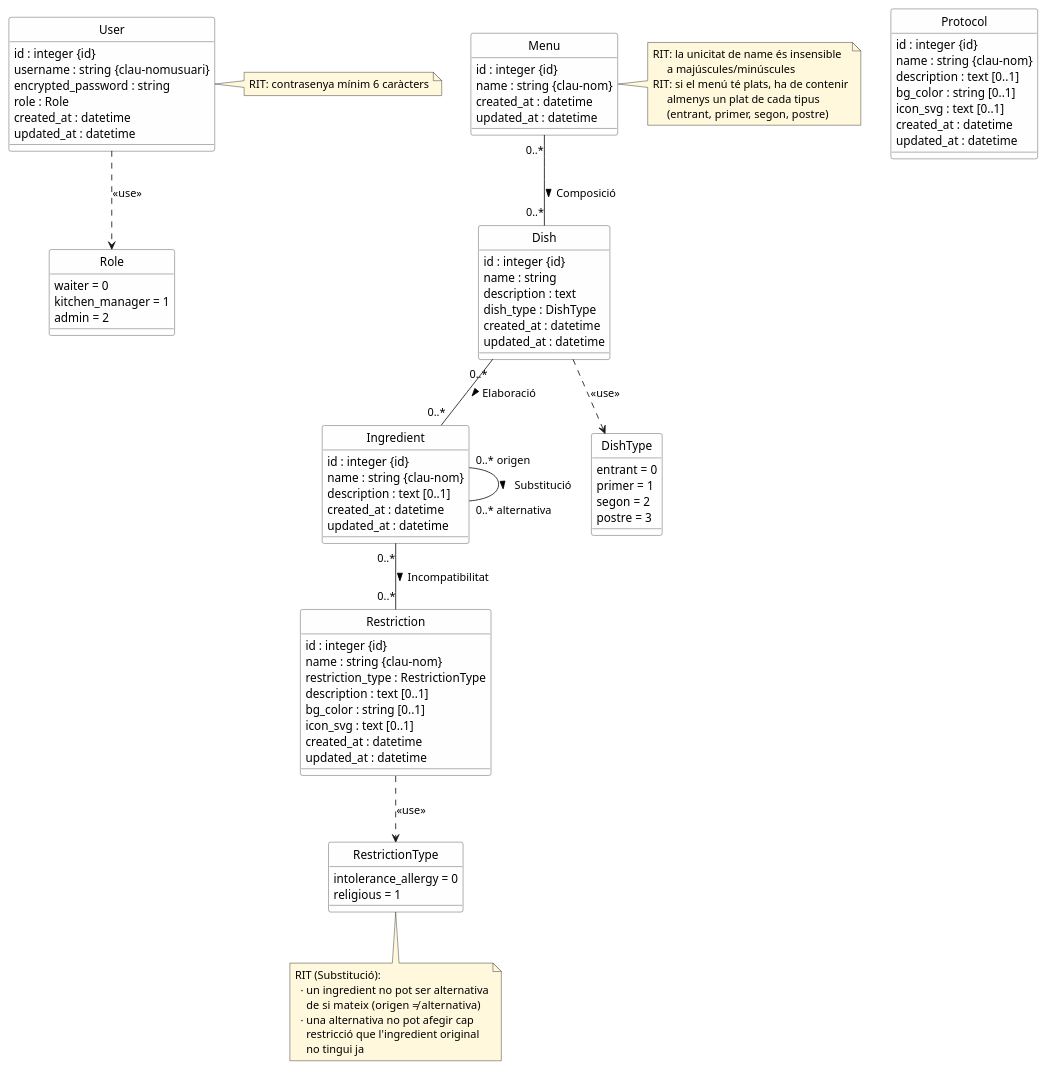
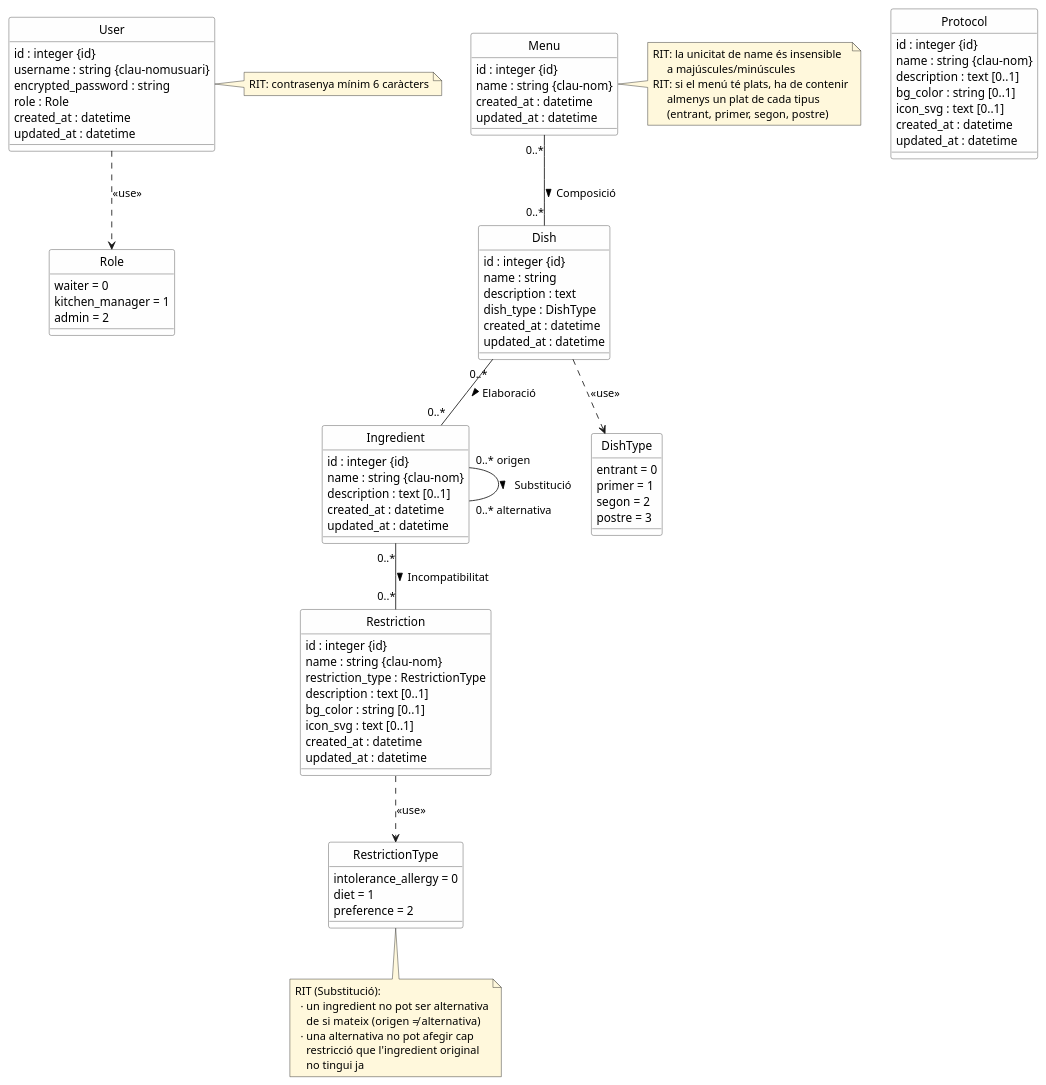
The diagram in doc/uml-class-diagram.puml (Magi-gb/Serf-APP), drawn with PlantUML before and after one commit. The commit also changed 13 other files, not shown here.

```diff
--- a/doc/uml-class-diagram.puml
+++ b/doc/uml-class-diagram.puml
@@ -1,137 +1,138 @@
 @startuml Serf - Diagrama de classes
 
 ' Generat a partir de db/schema.rb (versió 2026_05_11_140000)
 ' Convencions:
 '   {id}         -> clau primària (a la dreta del tipus)
 '   {clau-xxx}   -> restricció UNIQUE (a la dreta del tipus)
 '   [0..1]       -> atribut opcional (a la dreta del tipus).
 '                   Tot atribut sense aquesta marca s'assumeix obligatori.
 '   RIT          -> Restricció d'Integritat Textual
 
 skinparam classAttributeIconSize 0
 skinparam classBackgroundColor #FEFEFE
 skinparam classBorderColor #444444
 skinparam noteBackgroundColor #FFF8DC
 hide circle
 
 ' ===========================================================================
 ' ENTITATS
 ' ===========================================================================
 
 class User {
   id : integer {id}
   username : string {clau-nomusuari}
   encrypted_password : string
   role : Role
   created_at : datetime
   updated_at : datetime
 }
 note right of User
   RIT: contrasenya mínim 6 caràcters
 end note
 
 class Menu {
   id : integer {id}
   name : string {clau-nom}
   created_at : datetime
   updated_at : datetime
 }
 note right of Menu
   RIT: la unicitat de name és insensible
        a majúscules/minúscules
   RIT: si el menú té plats, ha de contenir
        almenys un plat de cada tipus
        (entrant, primer, segon, postre)
 end note
 
 class Dish {
   id : integer {id}
   name : string
   description : text
   dish_type : DishType
   created_at : datetime
   updated_at : datetime
 }
 
 class Ingredient {
   id : integer {id}
   name : string {clau-nom}
   description : text [0..1]
   created_at : datetime
   updated_at : datetime
 }
 
 class Restriction {
   id : integer {id}
   name : string {clau-nom}
   restriction_type : RestrictionType
   description : text [0..1]
   bg_color : string [0..1]
   icon_svg : text [0..1]
   created_at : datetime
   updated_at : datetime
 }
 
 class Protocol {
   id : integer {id}
   name : string {clau-nom}
   description : text [0..1]
   bg_color : string [0..1]
   icon_svg : text [0..1]
   created_at : datetime
   updated_at : datetime
 }
 
 ' ===========================================================================
 ' ENUMERACIONS
 ' ===========================================================================
 ' A nivell de BD es desen com enters; aquí es modelen com a tipus
 ' enumerats per fer explícits els valors permesos. La correspondència
 ' enter ↔ símbol és la mateixa que defineixen els `enum` d'ActiveRecord.
 
 enum Role {
   waiter = 0
   kitchen_manager = 1
   admin = 2
 }
 
 enum DishType {
   entrant = 0
   primer = 1
   segon = 2
   postre = 3
 }
 
 enum RestrictionType {
   intolerance_allergy = 0
-  religious = 1
+  diet = 1
+  preference = 2
 }
 
 User ..> Role : << use >>
 Dish ..> DishType : << use >>
 Restriction ..> RestrictionType : << use >>
 
 ' ===========================================================================
 ' ASSOCIACIONS N..N (nom en català + cardinalitats)
 ' ===========================================================================
 
 Menu "0..*" -- "0..*" Dish : Composició >
 
 Dish "0..*" -- "0..*" Ingredient : Elaboració >
 
 Ingredient "0..*" -- "0..*" Restriction : Incompatibilitat >
 
 ' Associació autoreferencial: un ingredient pot ser substituït per
 ' diversos ingredients alternatius, i alhora pot fer d'alternativa
 ' per a molts altres.
 Ingredient "0..* origen" -- "0..* alternativa" Ingredient : Substitució >
 note bottom
   RIT (Substitució):
     · un ingredient no pot ser alternativa
       de si mateix (origen ≠ alternativa)
     · una alternativa no pot afegir cap
       restricció que l'ingredient original
       no tingui ja
 end note
 
 @enduml
```
